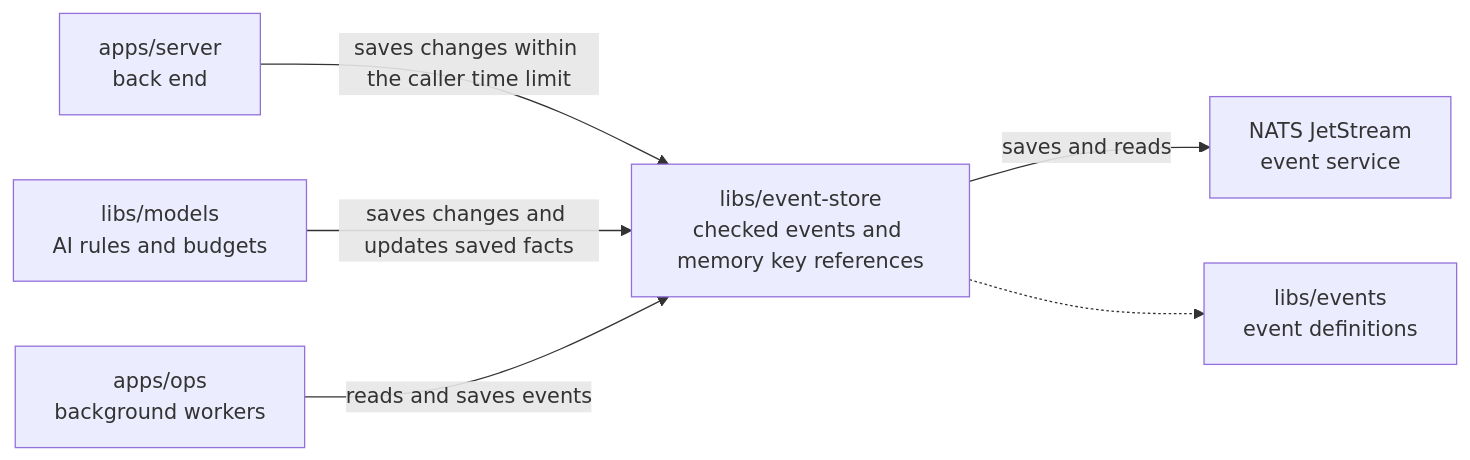
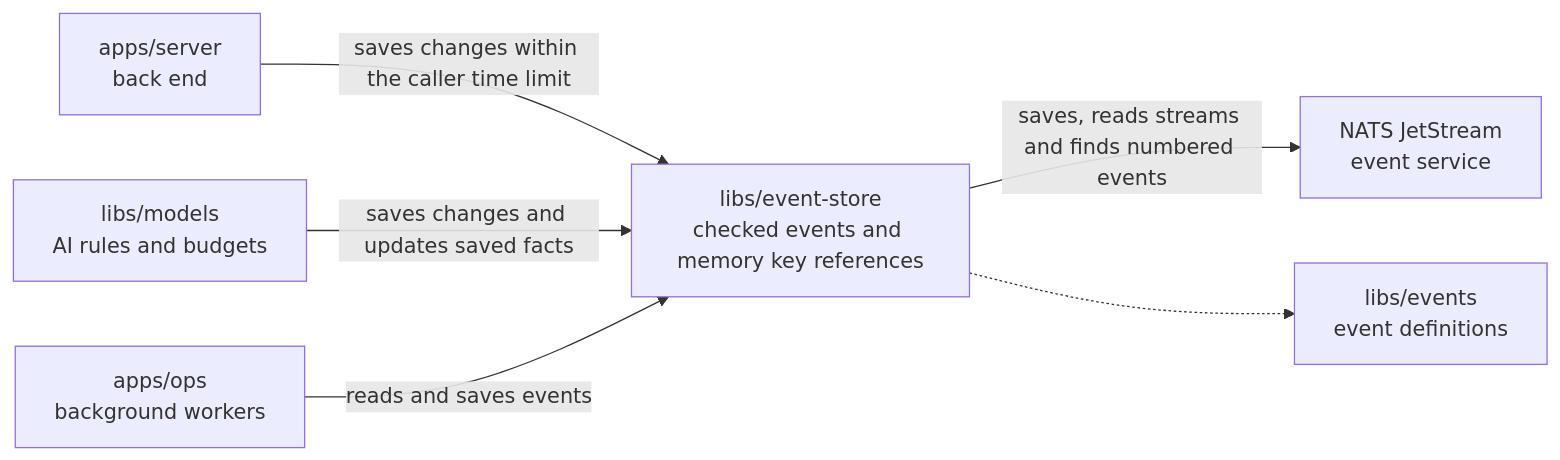
One commit to elewa-git/opencrane-new changed the diagram in libs/event-store/README.md. Above: the diagram before and after it, drawn with Mermaid. The commit also changed other lines of this file and 25 other files, not shown here.

````diff
--- a/libs/event-store/README.md
+++ b/libs/event-store/README.md
@@ -22,8 +22,8 @@
 ```mermaid
 flowchart LR
   server["apps/server<br/>back end"] -->|saves changes within the caller time limit| store["libs/event-store<br/>checked events and memory key references"]
   models["libs/models<br/>AI rules and budgets"] -->|saves changes and updates saved facts| store
   ops["apps/ops<br/>background workers"] -->|reads and saves events| store
-  store -->|saves and reads| nats["NATS JetStream<br/>event service"]
+  store -->|saves, reads streams and finds numbered events| nats["NATS JetStream<br/>event service"]
   store -.-> events["libs/events<br/>event definitions"]
 ```
````
